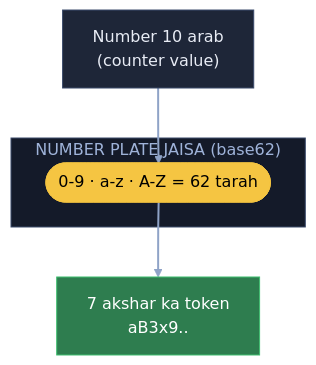
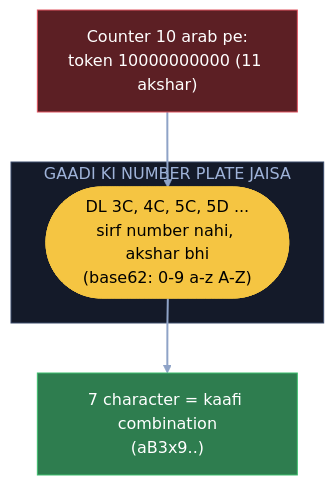
One commit to ArpanMaheshwari144/Prep changed the second of 13 diagrams in 04_HLD/SYSTEM_DESIGNS/01_url_shortener/01_url_shortener.md. Above: the diagram before and after it, drawn with Mermaid. The commit also changed other lines of this file, not shown here.

Commit message:
URL: 13 diagram hand notes ke shabdon se (K4 naya), K7 / K12 kahani notes jaisi

````diff
--- a/04_HLD/SYSTEM_DESIGNS/01_url_shortener/01_url_shortener.md
+++ b/04_HLD/SYSTEM_DESIGNS/01_url_shortener/01_url_shortener.md
@@ -60,16 +60,16 @@
 ```mermaid
 flowchart TB
-    N["Number 10 arab<br/>(counter value)"]:::card
-    subgraph P["NUMBER PLATE JAISA (base62)"]
-        A(["0-9 · a-z · A-Z = 62 tarah"]):::pill
+    N["Counter 10 arab pe:<br/>token 10000000000 (11 akshar)"]:::bad
+    subgraph NP["GAADI KI NUMBER PLATE JAISA"]
+        A(["DL 3C, 4C, 5C, 5D ...<br/>sirf number nahi, akshar bhi<br/>(base62: 0-9 a-z A-Z)"]):::pill
     end
-    T["7 akshar ka token<br/>aB3x9.."]:::good
+    T["7 character = kaafi combination<br/>(aB3x9..)"]:::good
     N --> A
     A --> T
     linkStyle default stroke:#8fa3c7,stroke-width:2px
     classDef card fill:#1e2638,stroke:#3a4a6b,color:#e8ecf5
     classDef pill fill:#f5c542,stroke:#f5c542,color:#000
     classDef good fill:#2e7d4f,stroke:#3fbf6f,color:#fff
     classDef bad fill:#5c1f24,stroke:#e05561,color:#fff
-    style P fill:#141a29,stroke:#3a4a6b,color:#9fb3d9
+    style NP fill:#141a29,stroke:#3a4a6b,color:#9fb3d9
 ```
````
